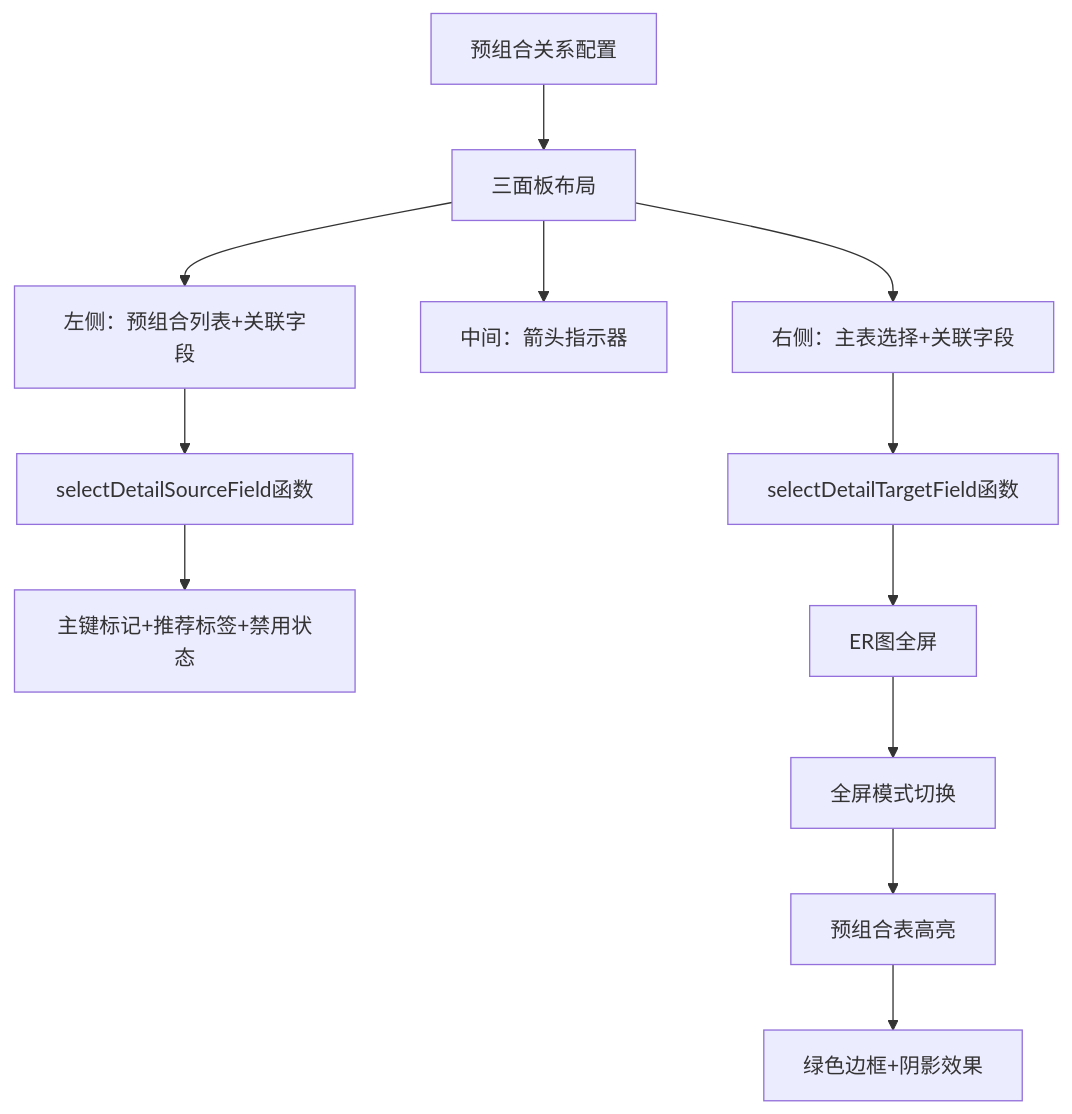
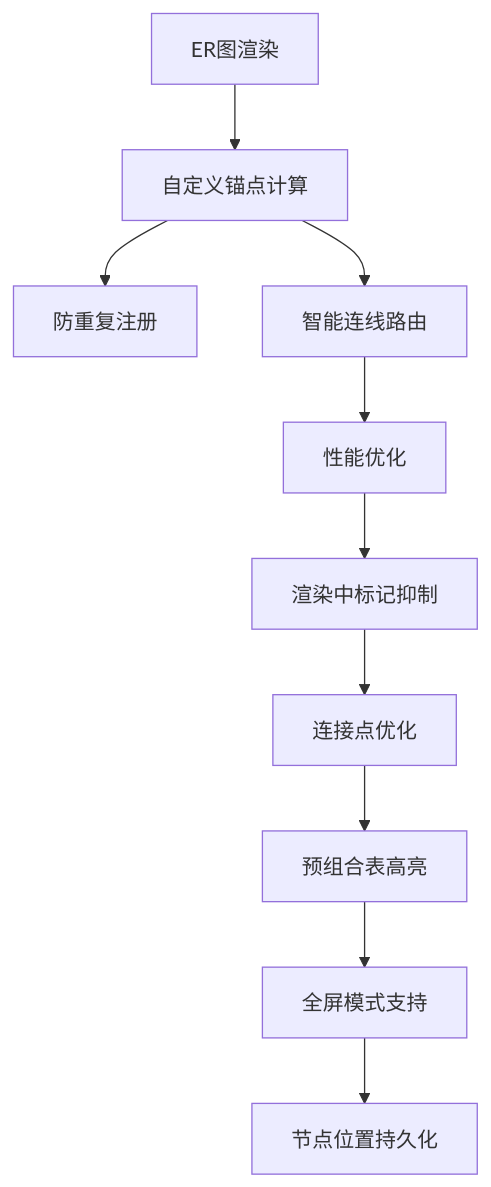
The fifth of 7 diagrams in .qoder/repowiki/zh/content/前端组件/前端组件.md (zyp-coder/Metadata), drawn with Mermaid before and after one commit. The commit also changed other lines of this file and 49 other files, not shown here.

````diff
--- a/.qoder/repowiki/zh/content/前端组件/前端组件.md
+++ b/.qoder/repowiki/zh/content/前端组件/前端组件.md
@@ -332,14 +347,12 @@
 ```mermaid
 flowchart TD
-A["预组合关系配置"] --> B["三面板布局"]
-B --> C["左侧：预组合列表+关联字段"]
-B --> D["中间：箭头指示器"]
-B --> E["右侧：主表选择+关联字段"]
-C --> F["selectDetailSourceField函数"]
-E --> G["selectDetailTargetField函数"]
-F --> H["主键标记+推荐标签+禁用状态"]
-G --> I["主键验证+视觉反馈"]
-I["ER图全屏"] --> J["全屏模式切换"]
-J --> K["预组合表高亮"]
-K --> L["绿色边框+阴影效果"]
+A["ER图渲染"] --> B["自定义锚点计算"]
+B --> C["防重复注册"]
+B --> D["智能连线路由"]
+D --> E["性能优化"]
+E --> F["渲染中标记抑制"]
+F --> G["连接点优化"]
+G --> H["预组合表高亮"]
+H --> I["全屏模式支持"]
+I --> J["节点位置持久化"]
 ```
````
